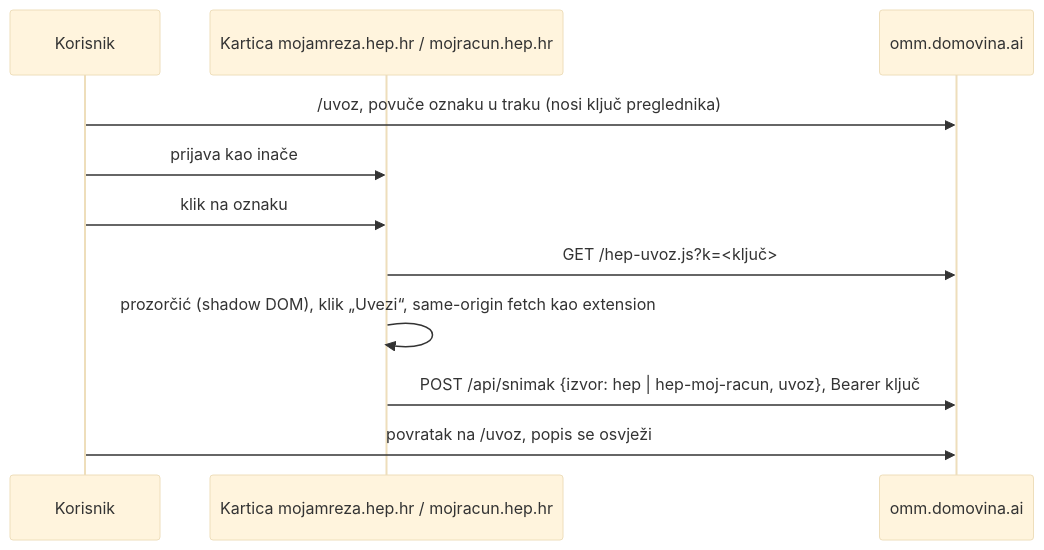
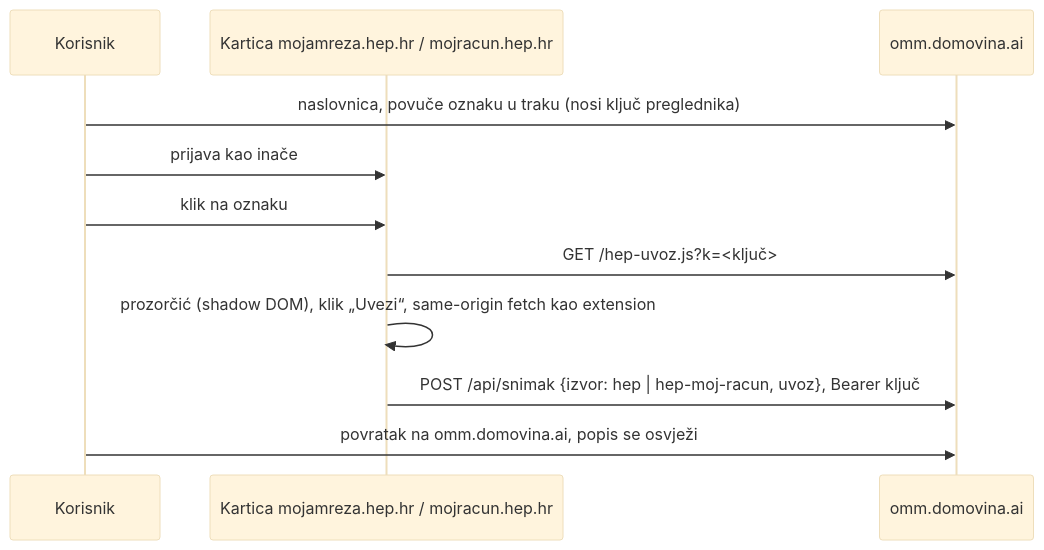
The diagram in docs/2026-10-14-uvoz-bez-instalacije.md (stepanic/flutter_moja_mreza), drawn with Mermaid (base theme) before and after one commit. The commit also changed other lines of this file and 4 other files, not shown here.

````diff
--- a/docs/2026-10-14-uvoz-bez-instalacije.md
+++ b/docs/2026-10-14-uvoz-bez-instalacije.md
@@ -22,13 +36,13 @@
 ```mermaid
 sequenceDiagram
     participant K as Korisnik
     participant H as Kartica mojamreza.hep.hr / mojracun.hep.hr
     participant O as omm.domovina.ai
-    K->>O: /uvoz, povuče oznaku u traku (nosi ključ preglednika)
+    K->>O: naslovnica, povuče oznaku u traku (nosi ključ preglednika)
     K->>H: prijava kao inače
     K->>H: klik na oznaku
     H->>O: GET /hep-uvoz.js?k=<ključ>
     H->>H: prozorčić (shadow DOM), klik „Uvezi“, same-origin fetch kao extension
     H->>O: POST /api/snimak {izvor: hep | hep-moj-racun, uvoz}, Bearer ključ
-    K->>O: povratak na /uvoz, popis se osvježi
+    K->>O: povratak na omm.domovina.ai, popis se osvježi
 ```
````
